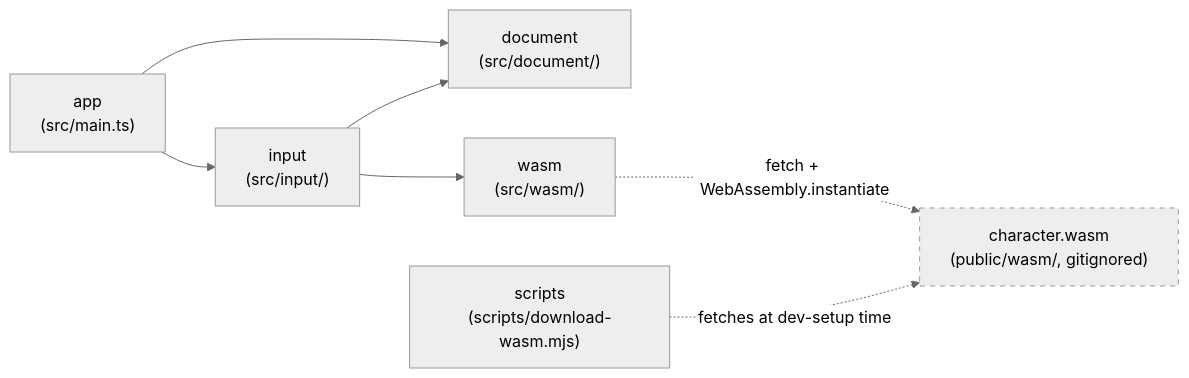
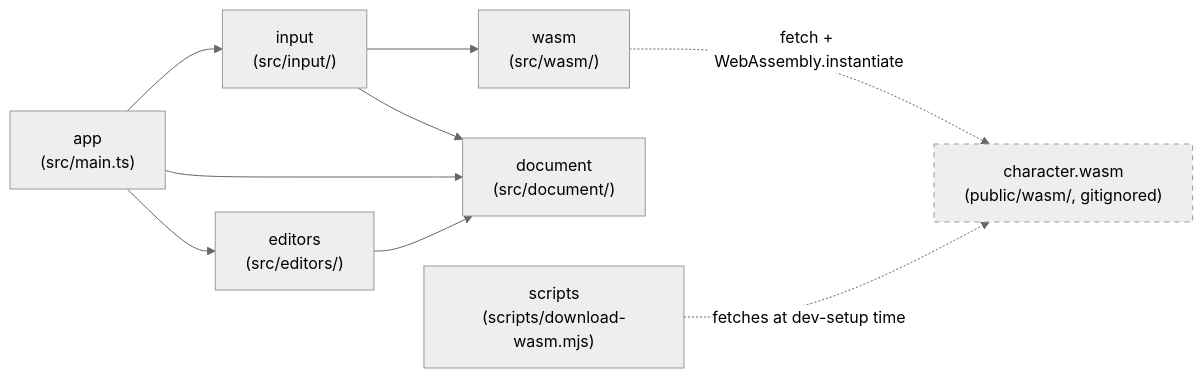
Before and after one commit to openkakutou/character-editor: the diagram in docs/architecture.md, drawn with Mermaid (neutral theme). The commit also changed other lines of this file and 14 other files, not shown here.

````diff
--- a/docs/architecture.md
+++ b/docs/architecture.md
@@ -13,11 +13,13 @@
 ```mermaid
 flowchart LR
     app["app\n(src/main.ts)"] --> input["input\n(src/input/)"]
     app --> document["document\n(src/document/)"]
+    app --> editors["editors\n(src/editors/)"]
     input --> wasm["wasm\n(src/wasm/)"]
     input --> document
+    editors --> document
     wasm -.->|fetch + WebAssembly.instantiate| module["character.wasm\n(public/wasm/, gitignored)"]
     scripts["scripts\n(scripts/download-wasm.mjs)"] -.->|fetches at dev-setup time| module
 
     style module stroke-dasharray: 5 5
 ```
````
